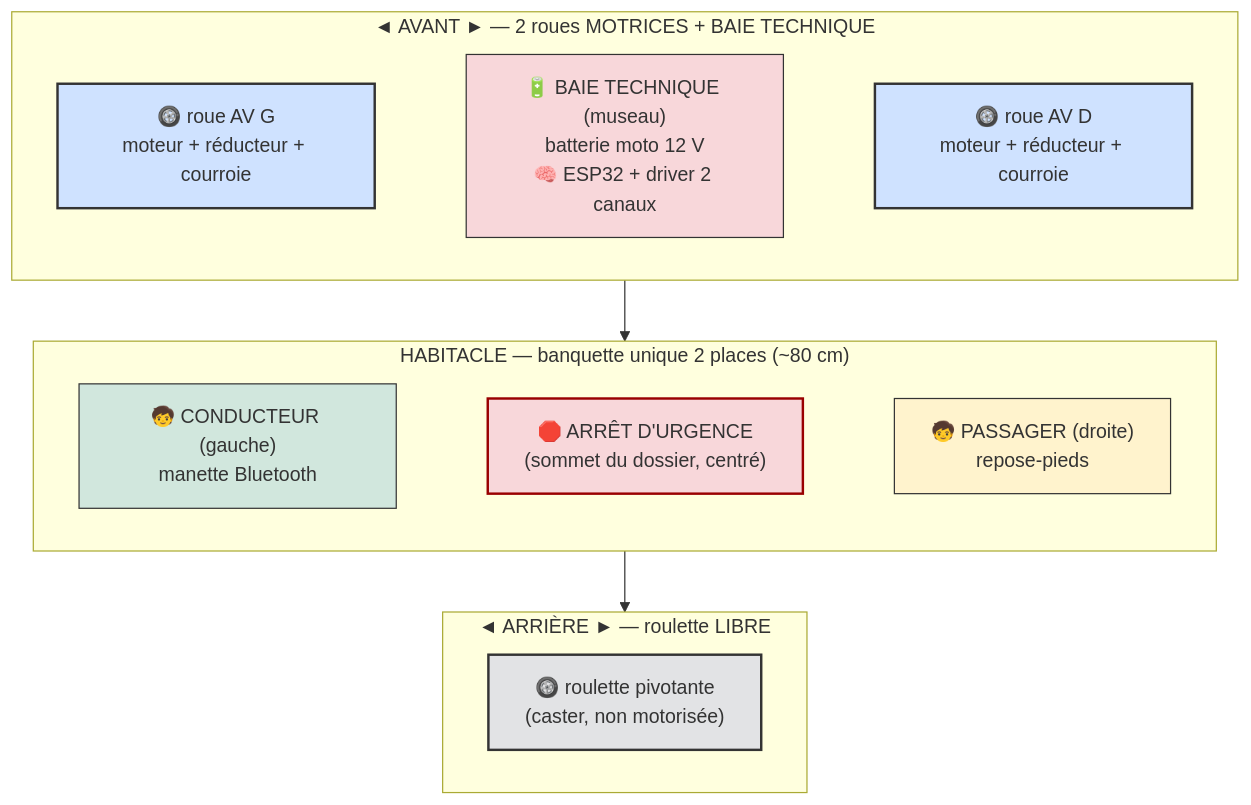
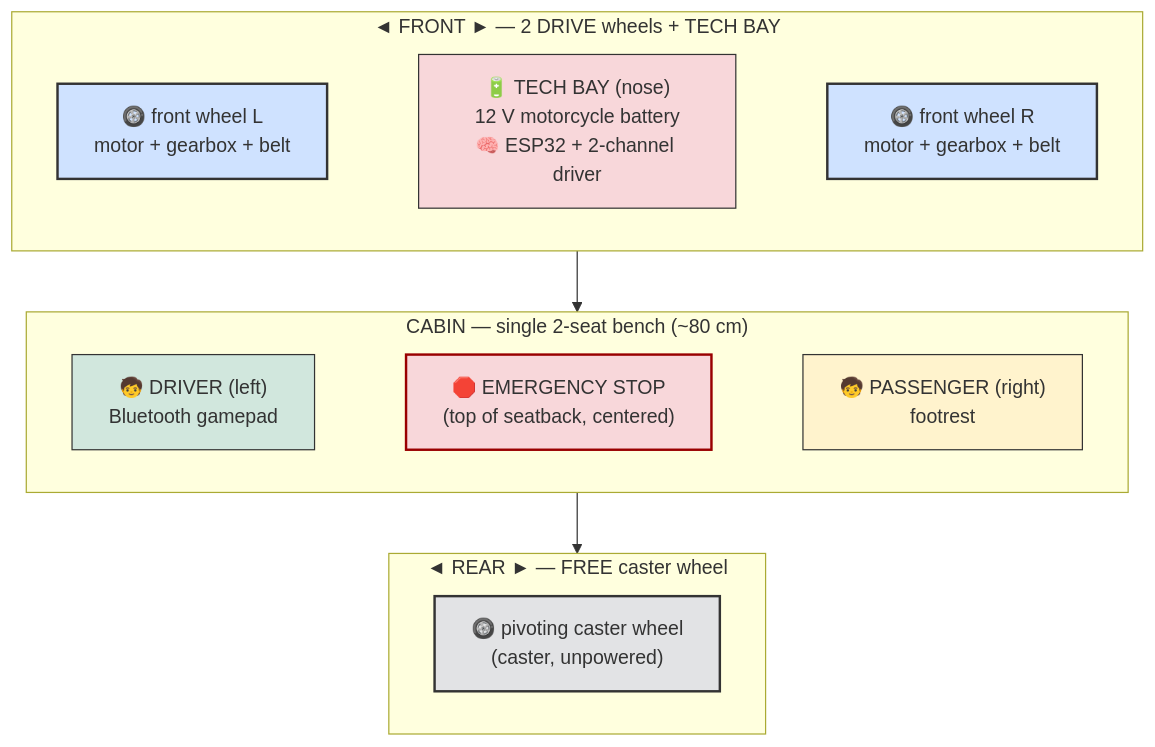
The first of 10 diagrams in README.md (pinkymaxou/powered-soapbox-car), drawn with Mermaid before and after one commit. The commit also changed other lines of this file and 49 other files, not shown here.

````diff
--- a/README.md
+++ b/README.md
@@ -31,35 +31,35 @@
 ```mermaid
 flowchart TB
-    subgraph AV["◄ AVANT ► — 2 roues MOTRICES + BAIE TECHNIQUE"]
+    subgraph AV["◄ FRONT ► — 2 DRIVE wheels + TECH BAY"]
         direction LR
-        AVG["🛞 roue AV G<br/>moteur + réducteur + courroie"]
-        BAY["🔋 BAIE TECHNIQUE (museau)<br/>batterie moto 12 V<br/>🧠 ESP32 + driver 2 canaux"]
-        AVD["🛞 roue AV D<br/>moteur + réducteur + courroie"]
+        AVG["🛞 front wheel L<br/>motor + gearbox + belt"]
+        BAY["🔋 TECH BAY (nose)<br/>12 V motorcycle battery<br/>🧠 ESP32 + 2-channel driver"]
+        AVD["🛞 front wheel R<br/>motor + gearbox + belt"]
         AVG ~~~ BAY ~~~ AVD
     end
-    subgraph CAB["HABITACLE — banquette unique 2 places (~80 cm)"]
+    subgraph CAB["CABIN — single 2-seat bench (~80 cm)"]
         direction LR
-        COND["🧒 CONDUCTEUR (gauche)<br/>manette Bluetooth"]
-        SEP["🛑 ARRÊT D'URGENCE<br/>(sommet du dossier, centré)"]
-        PASS["🧒 PASSAGER (droite)<br/>repose-pieds"]
+        COND["🧒 DRIVER (left)<br/>Bluetooth gamepad"]
+        SEP["🛑 EMERGENCY STOP<br/>(top of seatback, centered)"]
+        PASS["🧒 PASSENGER (right)<br/>footrest"]
         COND ~~~ SEP ~~~ PASS
     end
-    subgraph AR["◄ ARRIÈRE ► — roulette LIBRE"]
+    subgraph AR["◄ REAR ► — FREE caster wheel"]
         direction LR
-        ARC["🛞 roulette pivotante<br/>(caster, non motorisée)"]
+        ARC["🛞 pivoting caster wheel<br/>(caster, unpowered)"]
     end
     AV --> CAB --> AR
 
     classDef wheel fill:#cfe2ff,stroke:#333,stroke-width:2px;
     classDef caster fill:#e2e3e5,stroke:#333,stroke-width:2px;
     classDef drv fill:#d1e7dd,stroke:#333;
     classDef pas fill:#fff3cd,stroke:#333;
     classDef elec fill:#f8d7da,stroke:#333;
     classDef estop fill:#f8d7da,stroke:#900,stroke-width:2px;
     class AVG,AVD wheel;
     class ARC caster;
     class COND drv;
     class PASS pas;
     class BAY elec;
     class SEP estop;
 ```
````
